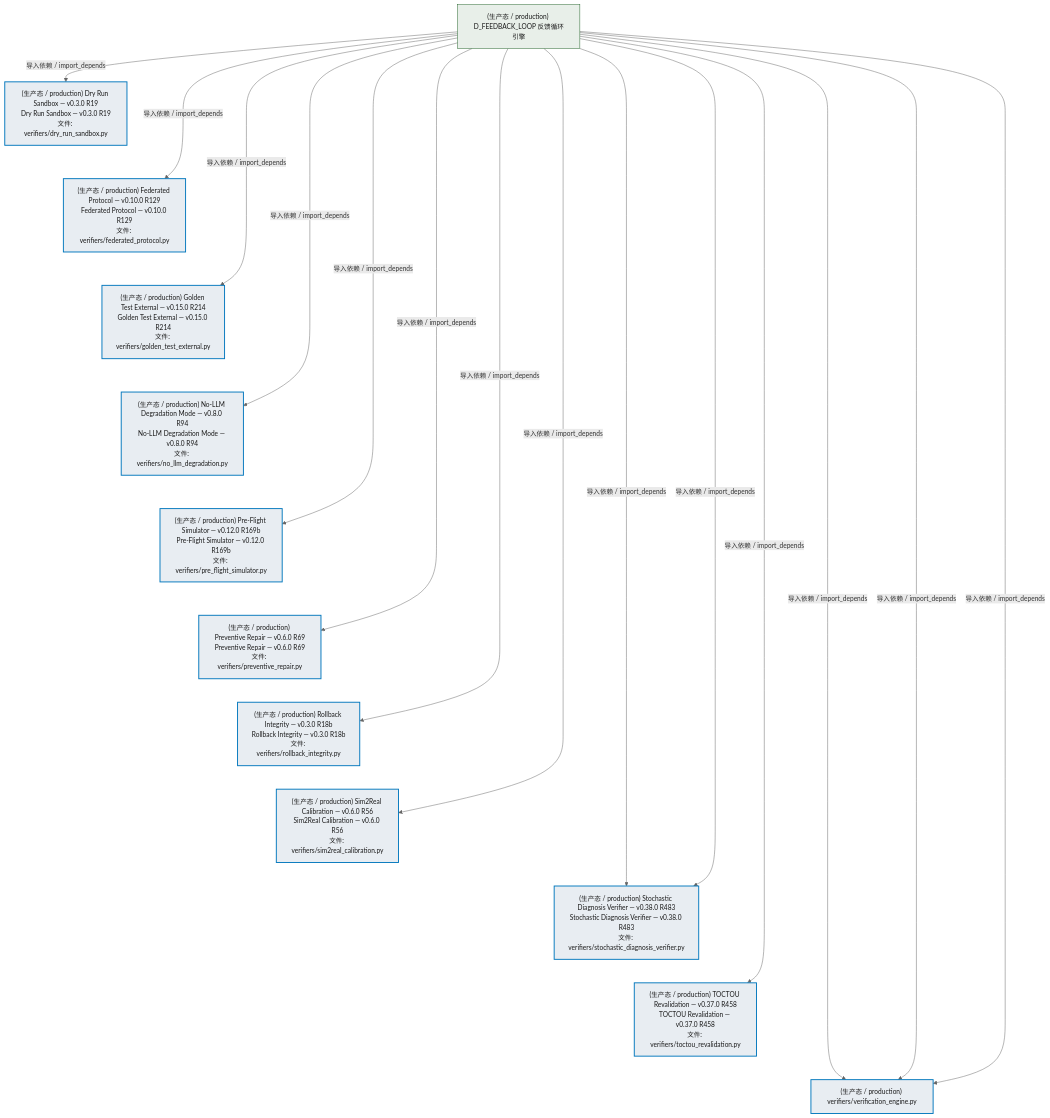
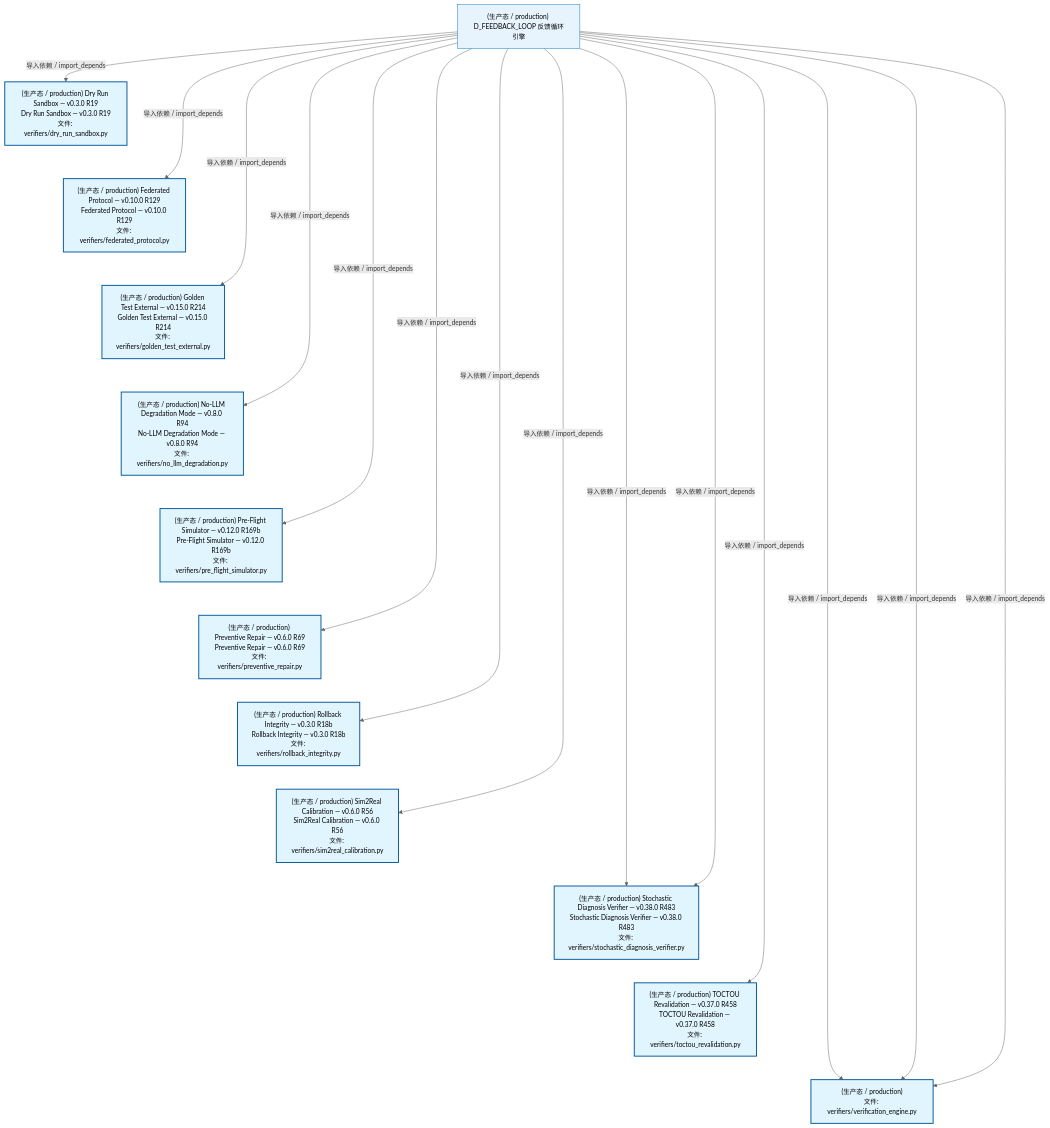
Before and after one commit to xuanFelixVan/ZephyrAlpha: the third of 5 diagrams in docs/02_enterprise_architecture/02_domain_architecture_docs/17_d_fbl_verification.md, drawn with Mermaid. The commit also changed other lines of this file and 75 other files, not shown here.

````diff
--- a/docs/02_enterprise_architecture/02_domain_architecture_docs/17_d_fbl_verification.md
+++ b/docs/02_enterprise_architecture/02_domain_architecture_docs/17_d_fbl_verification.md
@@ -304,46 +304,46 @@
 ```mermaid
 %%{init: {'theme': 'base', 'themeVariables': {'primaryColor': '#eaeaea', 'primaryTextColor': '#333333', 'primaryBorderColor': '#666666', 'lineColor': '#666666', 'secondaryColor': '#eaeaea', 'tertiaryColor': '#eaeaea', 'fontSize': '14px'}}}%%
 flowchart TD
     src_zephyr_feedback_loop_verifiers_dry_run_sandbox_py["(生产态 / production) Dry Run Sandbox — v0.3.0 R19<br/>Dry Run Sandbox — v0.3.0 R19<br/>文件: verifiers/dry_run_sandbox.py"]
     src_zephyr_feedback_loop_verifiers_federated_protocol_py["(生产态 / production) Federated Protocol — v0.10.0 R129<br/>Federated Protocol — v0.10.0 R129<br/>文件: verifiers/federated_protocol.py"]
     src_zephyr_feedback_loop_verifiers_golden_test_external_py["(生产态 / production) Golden Test External — v0.15.0 R214<br/>Golden Test External — v0.15.0 R214<br/>文件: verifiers/golden_test_external.py"]
     src_zephyr_feedback_loop_verifiers_no_llm_degradation_py["(生产态 / production) No-LLM Degradation Mode — v0.8.0 R94<br/>No-LLM Degradation Mode — v0.8.0 R94<br/>文件: verifiers/no_llm_degradation.py"]
     src_zephyr_feedback_loop_verifiers_pre_flight_simulator_py["(生产态 / production) Pre-Flight Simulator — v0.12.0 R169b<br/>Pre-Flight Simulator — v0.12.0 R169b<br/>文件: verifiers/pre_flight_simulator.py"]
     src_zephyr_feedback_loop_verifiers_preventive_repair_py["(生产态 / production) Preventive Repair — v0.6.0 R69<br/>Preventive Repair — v0.6.0 R69<br/>文件: verifiers/preventive_repair.py"]
     src_zephyr_feedback_loop_verifiers_rollback_integrity_py["(生产态 / production) Rollback Integrity — v0.3.0 R18b<br/>Rollback Integrity — v0.3.0 R18b<br/>文件: verifiers/rollback_integrity.py"]
     src_zephyr_feedback_loop_verifiers_sim2real_calibration_py["(生产态 / production) Sim2Real Calibration — v0.6.0 R56<br/>Sim2Real Calibration — v0.6.0 R56<br/>文件: verifiers/sim2real_calibration.py"]
     src_zephyr_feedback_loop_verifiers_stochastic_diagnosis_verifier_py["(生产态 / production) Stochastic Diagnosis Verifier — v0.38.0 R483<br/>Stochastic Diagnosis Verifier — v0.38.0 R483<br/>文件: verifiers/stochastic_diagnosis_verifier.py"]
     src_zephyr_feedback_loop_verifiers_toctou_revalidation_py["(生产态 / production) TOCTOU Revalidation — v0.37.0 R458<br/>TOCTOU Revalidation — v0.37.0 R458<br/>文件: verifiers/toctou_revalidation.py"]
-    src_zephyr_feedback_loop_verifiers_verification_engine_py["(生产态 / production) verifiers/verification_engine.py"]
+    src_zephyr_feedback_loop_verifiers_verification_engine_py["(生产态 / production)<br/>文件: verifiers/verification_engine.py"]
     src_zephyr_feedback_loop_verifiers_dry_run_sandbox_py ~~~ src_zephyr_feedback_loop_verifiers_federated_protocol_py
     src_zephyr_feedback_loop_verifiers_federated_protocol_py ~~~ src_zephyr_feedback_loop_verifiers_golden_test_external_py
     src_zephyr_feedback_loop_verifiers_golden_test_external_py ~~~ src_zephyr_feedback_loop_verifiers_no_llm_degradation_py
     src_zephyr_feedback_loop_verifiers_no_llm_degradation_py ~~~ src_zephyr_feedback_loop_verifiers_pre_flight_simulator_py
     src_zephyr_feedback_loop_verifiers_pre_flight_simulator_py ~~~ src_zephyr_feedback_loop_verifiers_preventive_repair_py
     src_zephyr_feedback_loop_verifiers_preventive_repair_py ~~~ src_zephyr_feedback_loop_verifiers_rollback_integrity_py
     src_zephyr_feedback_loop_verifiers_rollback_integrity_py ~~~ src_zephyr_feedback_loop_verifiers_sim2real_calibration_py
     src_zephyr_feedback_loop_verifiers_sim2real_calibration_py ~~~ src_zephyr_feedback_loop_verifiers_stochastic_diagnosis_verifier_py
     src_zephyr_feedback_loop_verifiers_stochastic_diagnosis_verifier_py ~~~ src_zephyr_feedback_loop_verifiers_toctou_revalidation_py
     src_zephyr_feedback_loop_verifiers_toctou_revalidation_py ~~~ src_zephyr_feedback_loop_verifiers_verification_engine_py
     D_FEEDBACK_LOOP["(生产态 / production) D_FEEDBACK_LOOP 反馈循环引擎"]
     D_FEEDBACK_LOOP -->|导入依赖 / import_depends| src_zephyr_feedback_loop_verifiers_verification_engine_py
     D_FEEDBACK_LOOP -->|导入依赖 / import_depends| src_zephyr_feedback_loop_verifiers_sim2real_calibration_py
     D_FEEDBACK_LOOP -->|导入依赖 / import_depends| src_zephyr_feedback_loop_verifiers_no_llm_degradation_py
     D_FEEDBACK_LOOP -->|导入依赖 / import_depends| src_zephyr_feedback_loop_verifiers_golden_test_external_py
     D_FEEDBACK_LOOP -->|导入依赖 / import_depends| src_zephyr_feedback_loop_verifiers_stochastic_diagnosis_verifier_py
     D_FEEDBACK_LOOP -->|导入依赖 / import_depends| src_zephyr_feedback_loop_verifiers_verification_engine_py
     D_FEEDBACK_LOOP -->|导入依赖 / import_depends| src_zephyr_feedback_loop_verifiers_preventive_repair_py
     D_FEEDBACK_LOOP -->|导入依赖 / import_depends| src_zephyr_feedback_loop_verifiers_toctou_revalidation_py
     D_FEEDBACK_LOOP -->|导入依赖 / import_depends| src_zephyr_feedback_loop_verifiers_stochastic_diagnosis_verifier_py
     D_FEEDBACK_LOOP -->|导入依赖 / import_depends| src_zephyr_feedback_loop_verifiers_dry_run_sandbox_py
     D_FEEDBACK_LOOP -->|导入依赖 / import_depends| src_zephyr_feedback_loop_verifiers_federated_protocol_py
     D_FEEDBACK_LOOP -->|导入依赖 / import_depends| src_zephyr_feedback_loop_verifiers_pre_flight_simulator_py
     D_FEEDBACK_LOOP -->|导入依赖 / import_depends| src_zephyr_feedback_loop_verifiers_rollback_integrity_py
     D_FEEDBACK_LOOP -->|导入依赖 / import_depends| src_zephyr_feedback_loop_verifiers_verification_engine_py
-    classDef production fill:#e8edf2,stroke:#0277bd,stroke-width:2px,color:#1a1a1a
-    classDef design fill:#f0ebe3,stroke:#bf360c,stroke-width:2px,color:#1a1a1a,stroke-dasharray: 5 5
-    classDef external_prod fill:#e8efe9,stroke:#1b5e20,stroke-width:1px,color:#1a1a1a
-    classDef external_design fill:#efe5ea,stroke:#880e4f,stroke-width:1px,color:#1a1a1a,stroke-dasharray: 5 5
+    classDef production fill:#e1f5fe,stroke:#01579b,stroke-width:2px,color:#000
+    classDef design fill:#fff3e0,stroke:#e65100,stroke-width:2px,color:#000,stroke-dasharray: 5 5
+    classDef external_prod fill:#e8f4fd,stroke:#0277bd,stroke-width:1px,color:#000
+    classDef external_design fill:#fff8e7,stroke:#ef6c00,stroke-width:1px,color:#000,stroke-dasharray: 5 5
     class src_zephyr_feedback_loop_verifiers_dry_run_sandbox_py,src_zephyr_feedback_loop_verifiers_federated_protocol_py,src_zephyr_feedback_loop_verifiers_golden_test_external_py,src_zephyr_feedback_loop_verifiers_no_llm_degradation_py,src_zephyr_feedback_loop_verifiers_pre_flight_simulator_py,src_zephyr_feedback_loop_verifiers_preventive_repair_py,src_zephyr_feedback_loop_verifiers_rollback_integrity_py,src_zephyr_feedback_loop_verifiers_sim2real_calibration_py,src_zephyr_feedback_loop_verifiers_stochastic_diagnosis_verifier_py,src_zephyr_feedback_loop_verifiers_toctou_revalidation_py,src_zephyr_feedback_loop_verifiers_verification_engine_py production
     class D_FEEDBACK_LOOP external_prod
 ```
````
